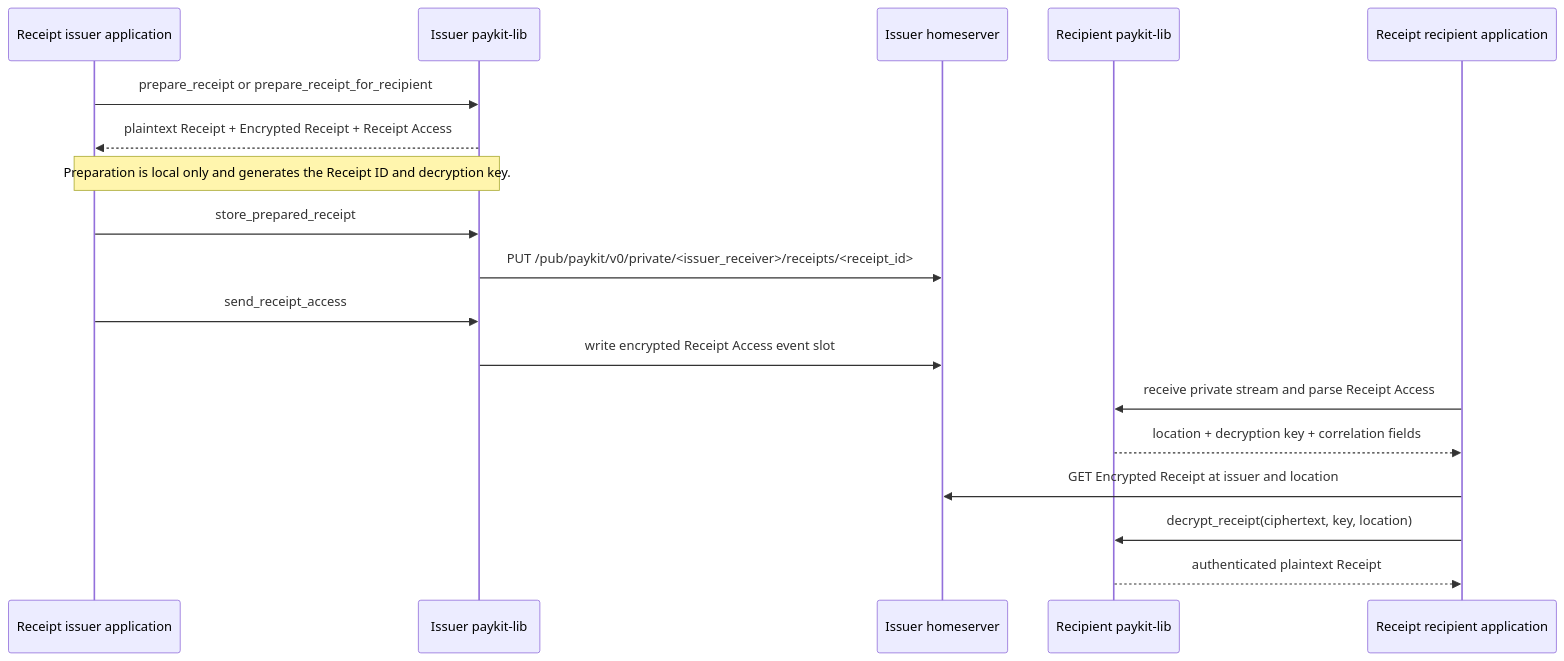
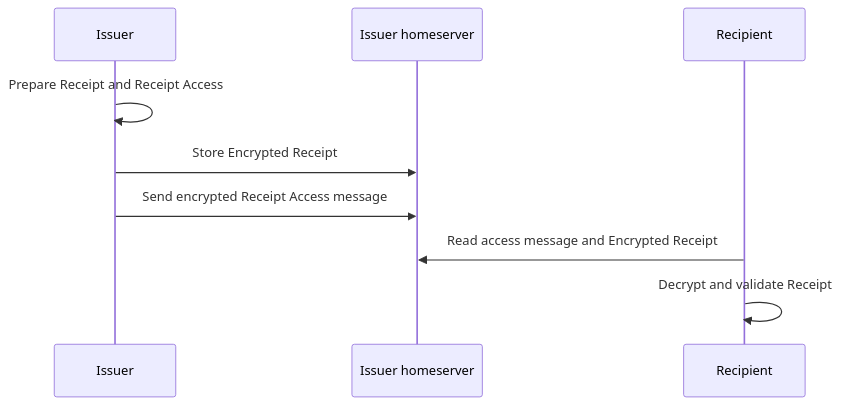
Before and after one commit to pubky/paykit-rs: the fifth of 6 diagrams in paykit-lib/STATE_UPDATES.md, drawn with Mermaid. The commit also changed other lines of this file and 1 other file, not shown here.

Commit message:
docs: udpate diagrams v2

````diff
--- a/paykit-lib/STATE_UPDATES.md
+++ b/paykit-lib/STATE_UPDATES.md
@@ -301,24 +126,12 @@
 ```mermaid
 sequenceDiagram
-    participant Issuer as Receipt issuer application
-    participant IL as Issuer paykit-lib
+    participant Issuer
     participant IHS as Issuer homeserver
-    participant RL as Recipient paykit-lib
-    participant Recipient as Receipt recipient application
+    participant Recipient
 
-    Issuer->>IL: prepare_receipt or prepare_receipt_for_recipient
-    IL-->>Issuer: plaintext Receipt + Encrypted Receipt + Receipt Access
-    Note over Issuer,IL: Preparation is local only and generates the Receipt ID and decryption key.
-
-    Issuer->>IL: store_prepared_receipt
-    IL->>IHS: PUT /pub/paykit/v0/private/<issuer_receiver>/receipts/<receipt_id>
-
-    Issuer->>IL: send_receipt_access
-    IL->>IHS: write encrypted Receipt Access event slot
-
-    Recipient->>RL: receive private stream and parse Receipt Access
-    RL-->>Recipient: location + decryption key + correlation fields
-    Recipient->>IHS: GET Encrypted Receipt at issuer and location
-    Recipient->>RL: decrypt_receipt(ciphertext, key, location)
-    RL-->>Recipient: authenticated plaintext Receipt
+    Issuer->>Issuer: Prepare Receipt and Receipt Access
+    Issuer->>IHS: Store Encrypted Receipt
+    Issuer->>IHS: Send encrypted Receipt Access message
+    Recipient->>IHS: Read access message and Encrypted Receipt
+    Recipient->>Recipient: Decrypt and validate Receipt
 ```
````
